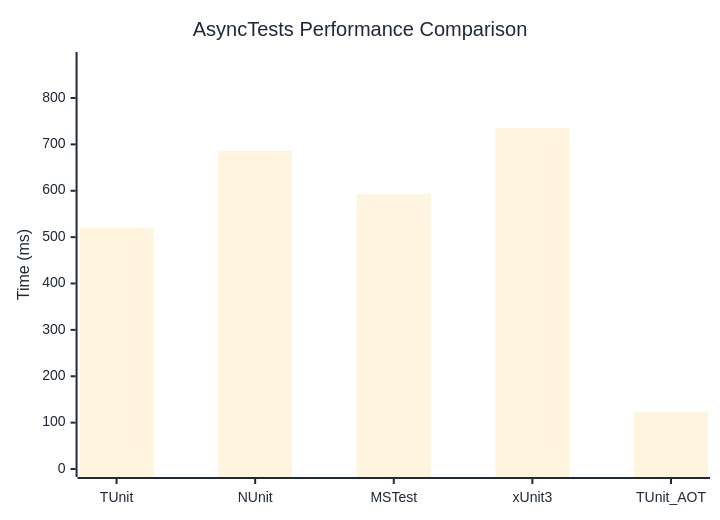
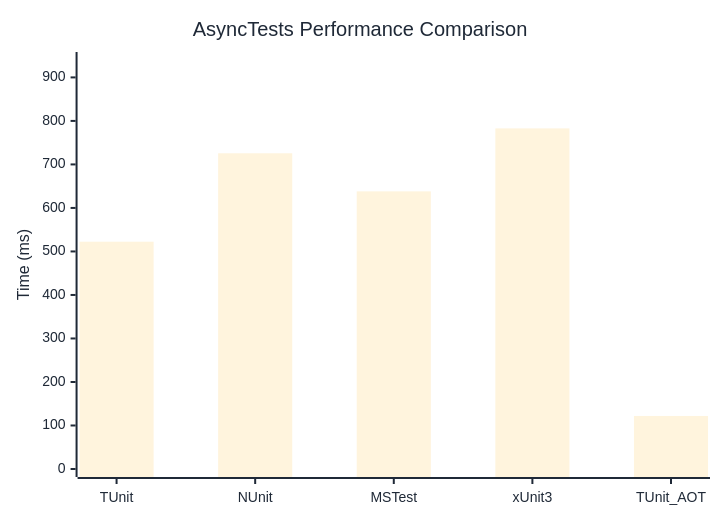
The diagram in docs/docs/benchmarks/AsyncTests.md (thomhurst/TUnit), drawn with Mermaid before and after one commit. The commit also changed other lines of this file and 17 other files, not shown here.

````diff
--- a/docs/docs/benchmarks/AsyncTests.md
+++ b/docs/docs/benchmarks/AsyncTests.md
@@ -27,37 +27,37 @@
 ```mermaid
 %%{init: {
   'theme':'base',
   'themeVariables': {
     'primaryColor': '#2563eb',
     'primaryTextColor': '#1f2937',
     'primaryBorderColor': '#1e40af',
     'lineColor': '#6b7280',
     'secondaryColor': '#7c3aed',
     'tertiaryColor': '#dc2626',
     'background': '#ffffff',
     'mainBkg': '#2563eb',
     'secondBkg': '#7c3aed',
     'tertiaryBkg': '#dc2626',
     'clusterBkg': '#f3f4f6',
     'edgeLabelBackground': '#ffffff',
     'tertiaryTextColor': '#1f2937',
     'pie1': '#2563eb',
     'pie2': '#7c3aed',
     'pie3': '#dc2626',
     'pie4': '#f59e0b',
     'pie5': '#10b981',
     'pie6': '#06b6d4',
     'pie7': '#ec4899',
     'pie8': '#6366f1',
     'pie9': '#84cc16',
     'pie10': '#f97316',
     'pie11': '#14b8a6',
     'pie12': '#a855f7'
   }
 }}%%
 xychart-beta
   title "AsyncTests Performance Comparison"
   x-axis ["TUnit", "NUnit", "MSTest", "xUnit3", "TUnit_AOT"]
-  y-axis "Time (ms)" 0 --> 882
-  bar [519.9, 686.2, 592.8, 734.5, 123.6]
+  y-axis "Time (ms)" 0 --> 940
+  bar [522.4, 725.6, 638.1, 782.8, 121.9]
 ```
````
